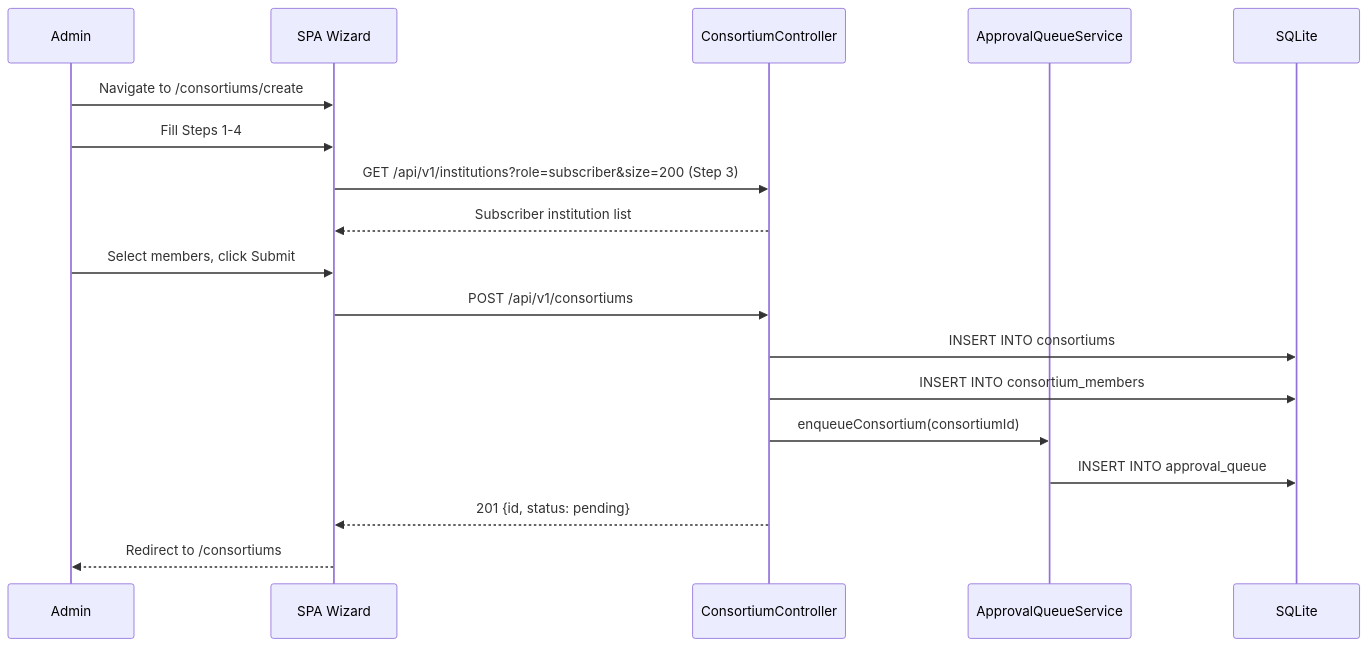
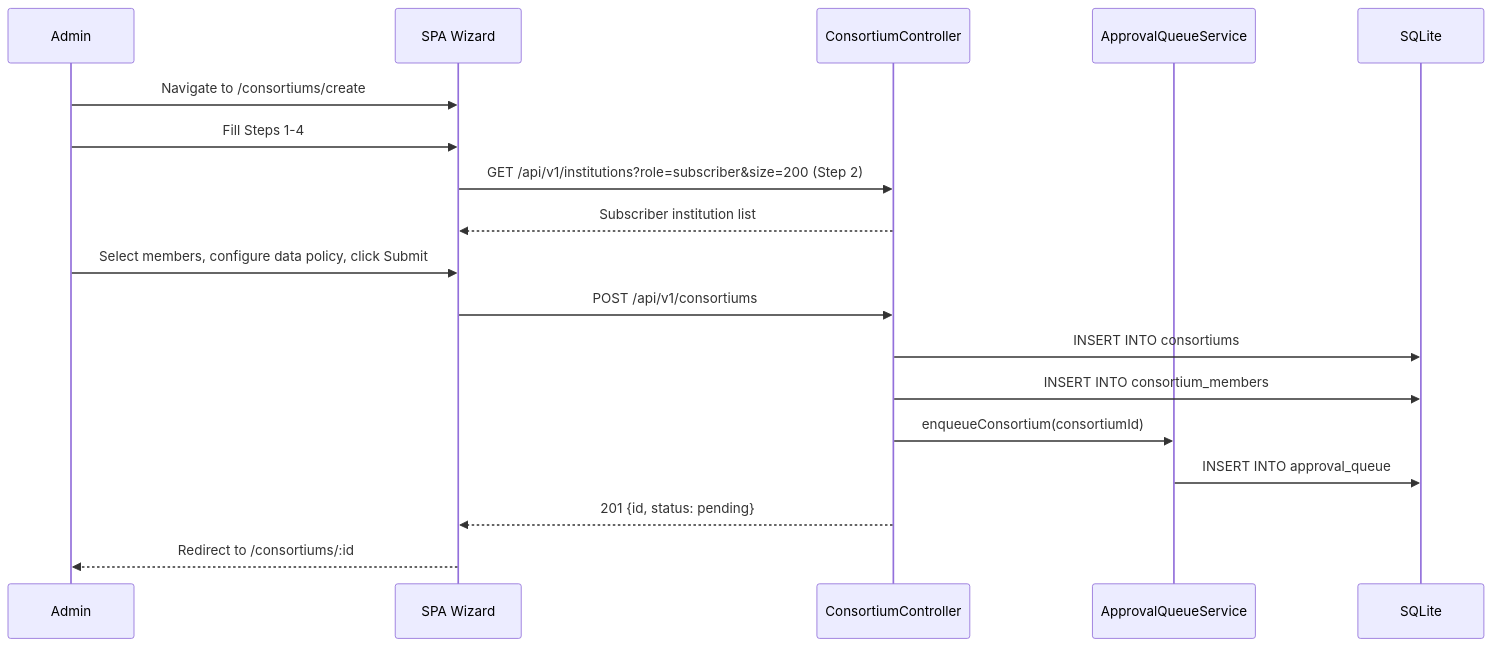
One commit to ashutoshbelulkar-coder/credit-harmony changed the second of 2 diagrams in docs/User stories/EPIC-03-Consortium-Management.md. Above: the diagram before and after it, drawn with Mermaid. The commit also changed other lines of this file and 14 other files, not shown here.

````diff
--- a/docs/User stories/EPIC-03-Consortium-Management.md
+++ b/docs/User stories/EPIC-03-Consortium-Management.md
@@ -256,21 +254,21 @@
 ```mermaid
 sequenceDiagram
     participant A as Admin
     participant FE as SPA Wizard
     participant API as ConsortiumController
     participant AQSVC as ApprovalQueueService
     participant DB as SQLite
 
     A->>FE: Navigate to /consortiums/create
     A->>FE: Fill Steps 1-4
-    FE->>API: GET /api/v1/institutions?role=subscriber&size=200 (Step 3)
+    FE->>API: GET /api/v1/institutions?role=subscriber&size=200 (Step 2)
     API-->>FE: Subscriber institution list
-    A->>FE: Select members, click Submit
+    A->>FE: Select members, configure data policy, click Submit
     FE->>API: POST /api/v1/consortiums
     API->>DB: INSERT INTO consortiums
     API->>DB: INSERT INTO consortium_members
     API->>AQSVC: enqueueConsortium(consortiumId)
     AQSVC->>DB: INSERT INTO approval_queue
     API-->>FE: 201 {id, status: pending}
-    FE-->>A: Redirect to /consortiums
+    FE-->>A: Redirect to /consortiums/:id
 ```
````
